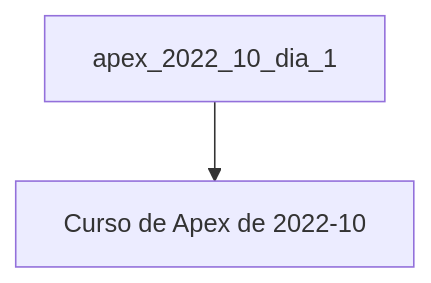
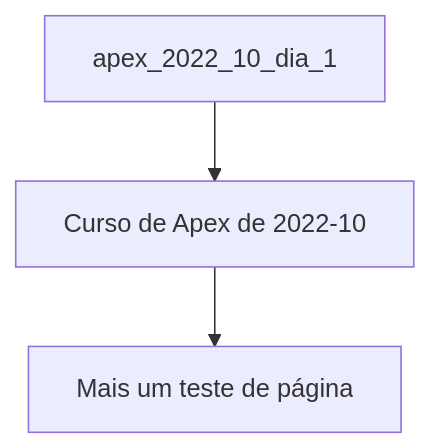
Before and after one commit to igorlmatos/ilm_notas: the diagram in src/site/notes/Aprendendo a usar o digital garden.md, drawn with Mermaid.

Commit message:
Update note Aprendendo a usar o digital garden.md

````diff
--- a/src/site/notes/Aprendendo a usar o digital garden.md
+++ b/src/site/notes/Aprendendo a usar o digital garden.md
@@ -94,11 +94,14 @@
 ```mermaid
 graph TB
 
 A[apex_2022_10_dia_1]
 B[Curso de Apex de 2022-10]
+C[Mais um teste de página]
 
 A --> B
+B --> C
 
 click A "https://apex-outubro.netlify.app/apex-2022-10-dia-1/";
-click B "[[Curso de Apex de 2022-10]]";
+click B "../Curso de Apex de 2022-10";
+click C "./Curso de Apex de 2022-10";
 ```
````
